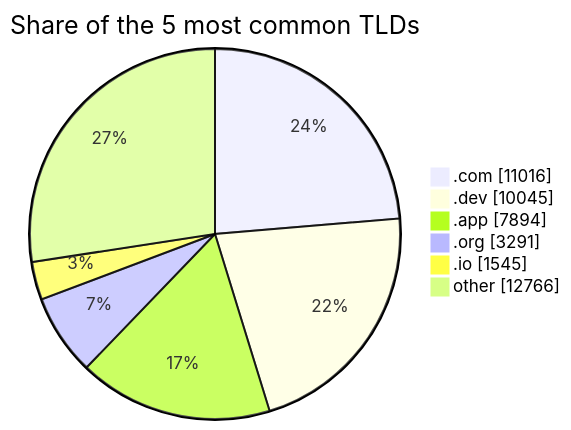
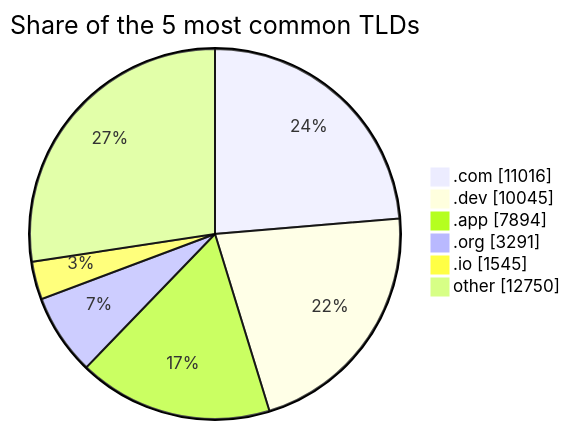
The third of 3 diagrams in README.md (DNSBunker/CTI), drawn with Mermaid before and after one commit. The commit also changed other lines of this file and 3 other files, not shown here.

````diff
--- a/README.md
+++ b/README.md
@@ -81,9 +81,9 @@
 ```mermaid
 pie showData title Share of the 5 most common TLDs
     ".com" : 11016
     ".dev" : 10045
     ".app" : 7894
     ".org" : 3291
     ".io" : 1545
-    "other" : 12766
+    "other" : 12750
 ```
````
